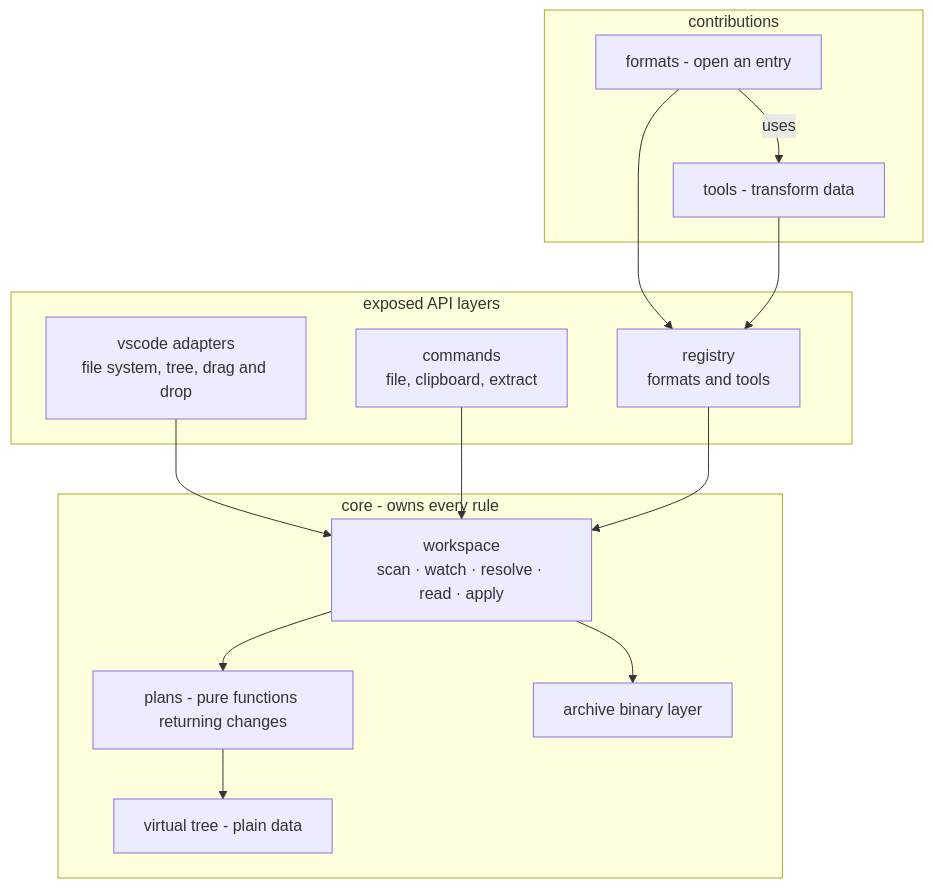
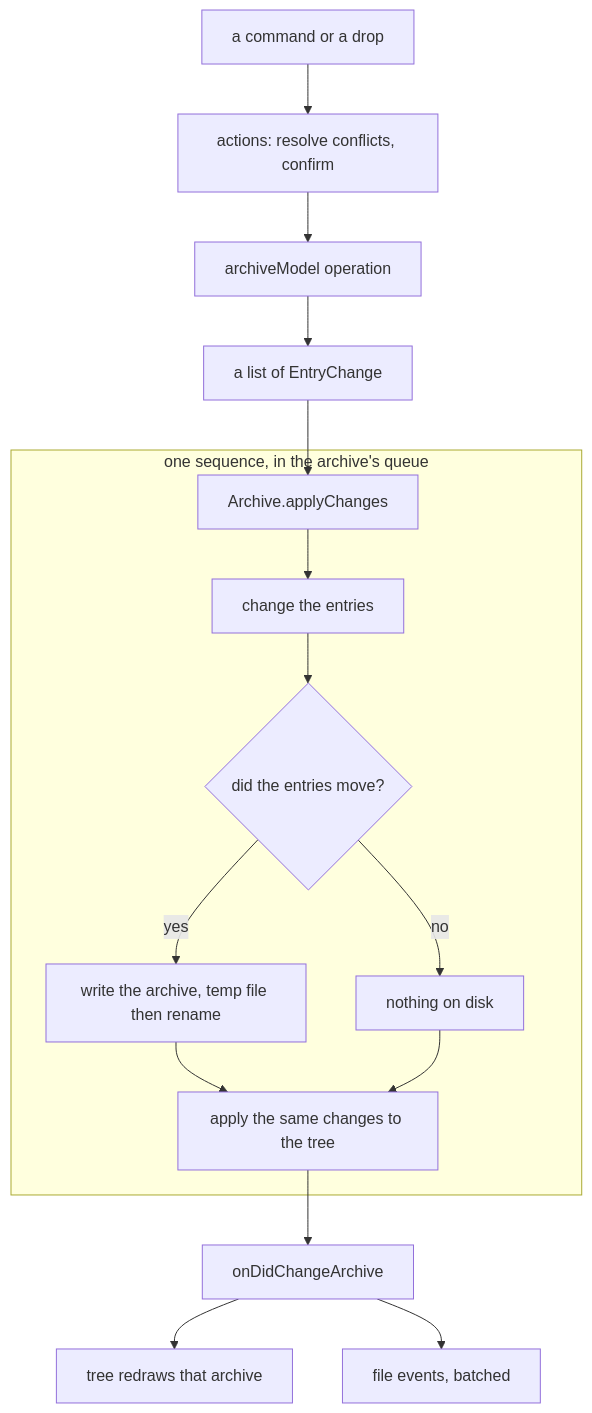
The fifth of 6 diagrams in docs/architecture.md (max-bronner/bigfs), drawn with Mermaid before and after one commit. The commit also changed other lines of this file, not shown here.

First line of the commit message:
Rewrite the architecture notes for the code that exists

````diff
--- a/docs/architecture.md
+++ b/docs/architecture.md
@@ -269,29 +263,20 @@
 ```mermaid
 flowchart TD
-  subgraph core["core - owns every rule"]
-    WS["workspace<br/>scan · watch · resolve · read · apply"]
-    PLAN["plans - pure functions returning changes"]
-    TREE["virtual tree - plain data"]
-    BIN["archive binary layer"]
+  CMD["a command or a drop"] --> ACT["actions: resolve conflicts, confirm"]
+  ACT --> OP["archiveModel operation"]
+  OP --> PLAN["a list of EntryChange"]
+  PLAN --> APPLY["Archive.applyChanges"]
+
+  subgraph runner["one sequence, in the archive's queue"]
+    APPLY --> ENT["change the entries"]
+    ENT --> NEED{"did the entries move?"}
+    NEED -->|yes| WRITE["write the archive, temp file then rename"]
+    NEED -->|no| SKIP["nothing on disk"]
+    WRITE --> TREE["apply the same changes to the tree"]
+    SKIP --> TREE
   end
 
-  subgraph api["exposed API layers"]
-    A1["vscode adapters<br/>file system, tree, drag and drop"]
-    A2["commands<br/>file, clipboard, extract"]
-    A3["registry<br/>formats and tools"]
-  end
-
-  subgraph plugins["contributions"]
-    FMTS["formats - open an entry"]
-    TLS["tools - transform data"]
-  end
-
-  WS --> PLAN --> TREE
-  WS --> BIN
-  A1 --> WS
-  A2 --> WS
-  A3 --> WS
-  FMTS --> A3
-  TLS --> A3
-  FMTS -->|"uses"| TLS
+  TREE --> EVENT["onDidChangeArchive"]
+  EVENT --> TDP["tree redraws that archive"]
+  EVENT --> FSP["file events, batched"]
 ```
````
